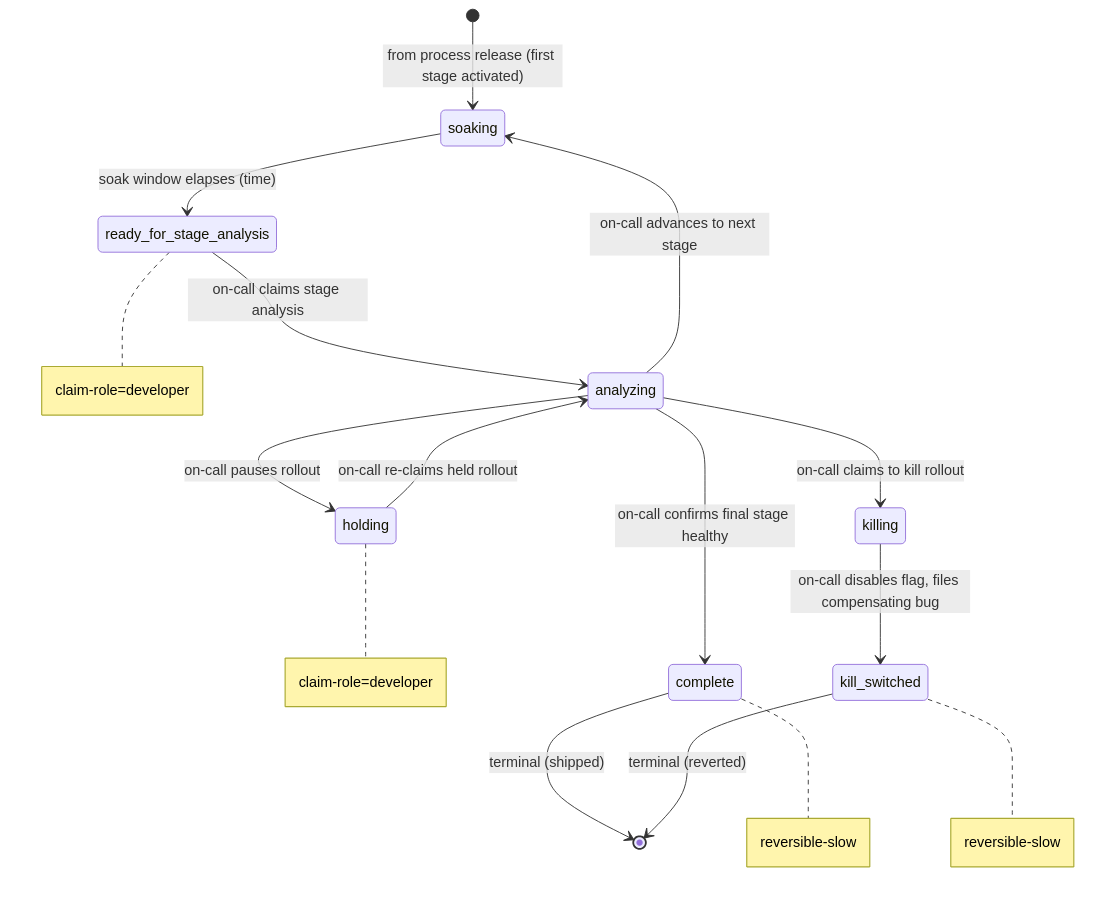
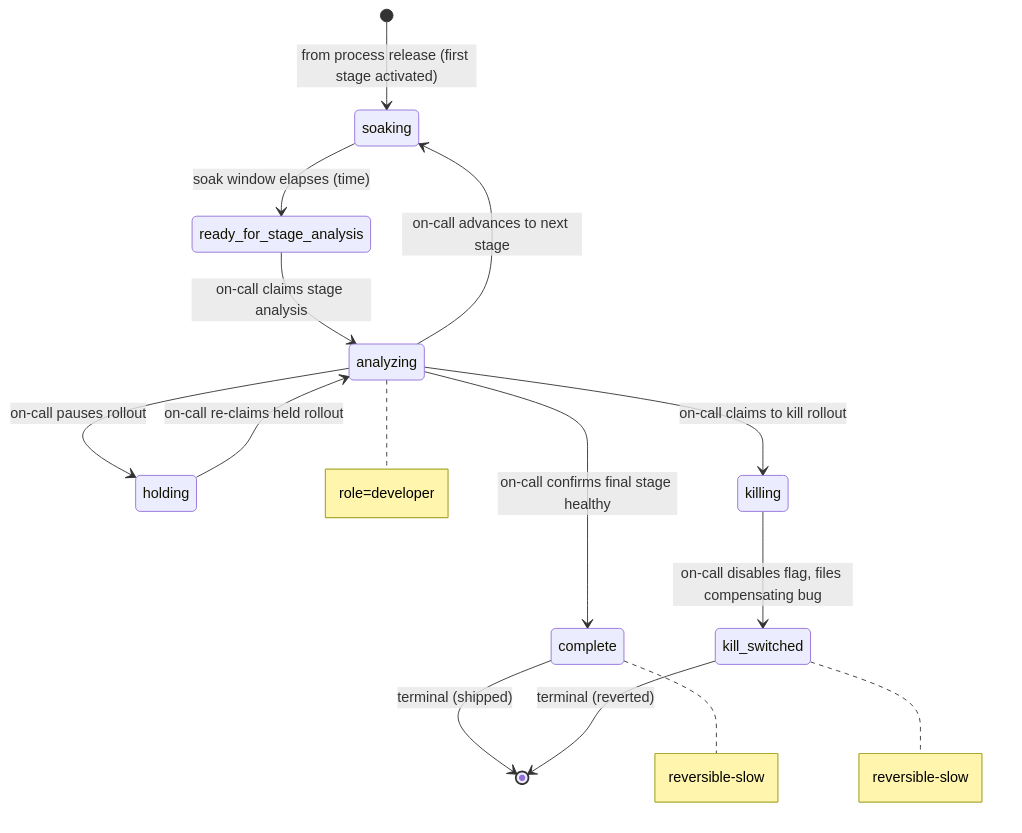
The diagram in examples/workflows/progressive-rollout.md (blemees/blemees-workflow), drawn with Mermaid before and after one commit. The commit also changed other lines of this file and 65 other files, not shown here.

````diff
--- a/examples/workflows/progressive-rollout.md
+++ b/examples/workflows/progressive-rollout.md
@@ -7,23 +7,22 @@
 ```mermaid
 stateDiagram-v2
     %% Cross-process interfaces:
     %%   Entry (spawn ): soaking from process release
     %%
 
     [*] --> soaking: from process release (first stage activated)
     soaking --> ready_for_stage_analysis: soak window elapses (time)
     ready_for_stage_analysis --> analyzing: on-call claims stage analysis
     analyzing --> soaking: on-call advances to next stage
     analyzing --> complete: on-call confirms final stage healthy
     analyzing --> holding: on-call pauses rollout
     analyzing --> killing: on-call claims to kill rollout
     holding --> analyzing: on-call re-claims held rollout
     killing --> kill_switched: on-call disables flag, files compensating bug
     complete --> [*]: terminal (shipped)
     kill_switched --> [*]: terminal (reverted)
 
-    note right of ready_for_stage_analysis: claim-role=developer
-    note right of holding: claim-role=developer
+    note right of analyzing: role=developer
     note right of complete: reversible-slow
     note right of kill_switched: reversible-slow
 ```
````
